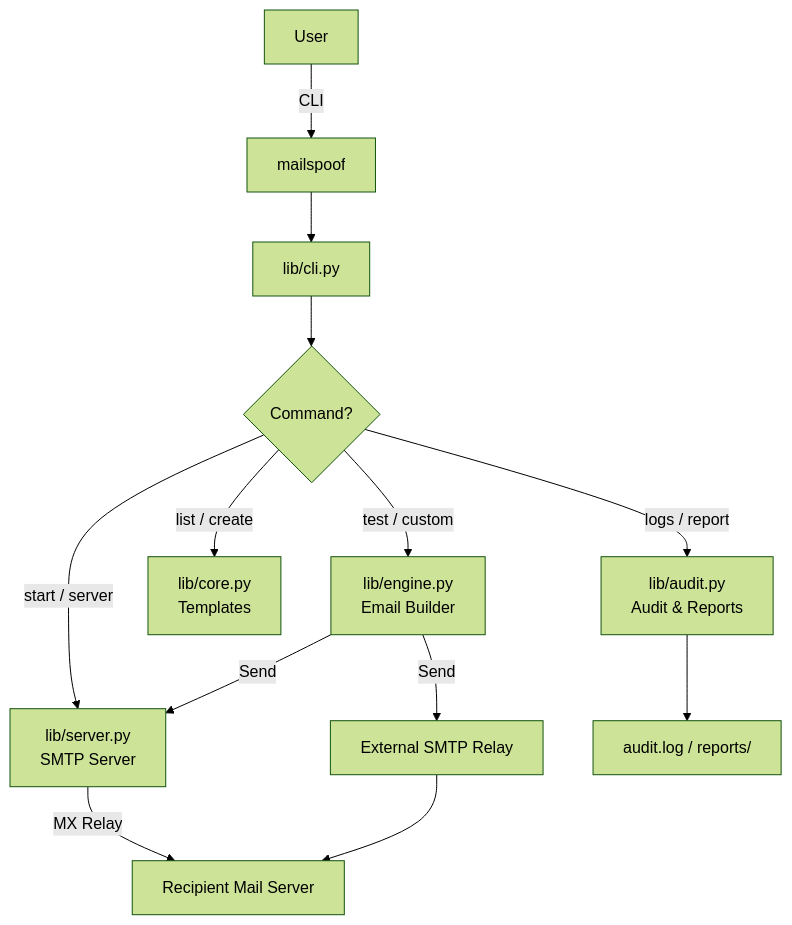
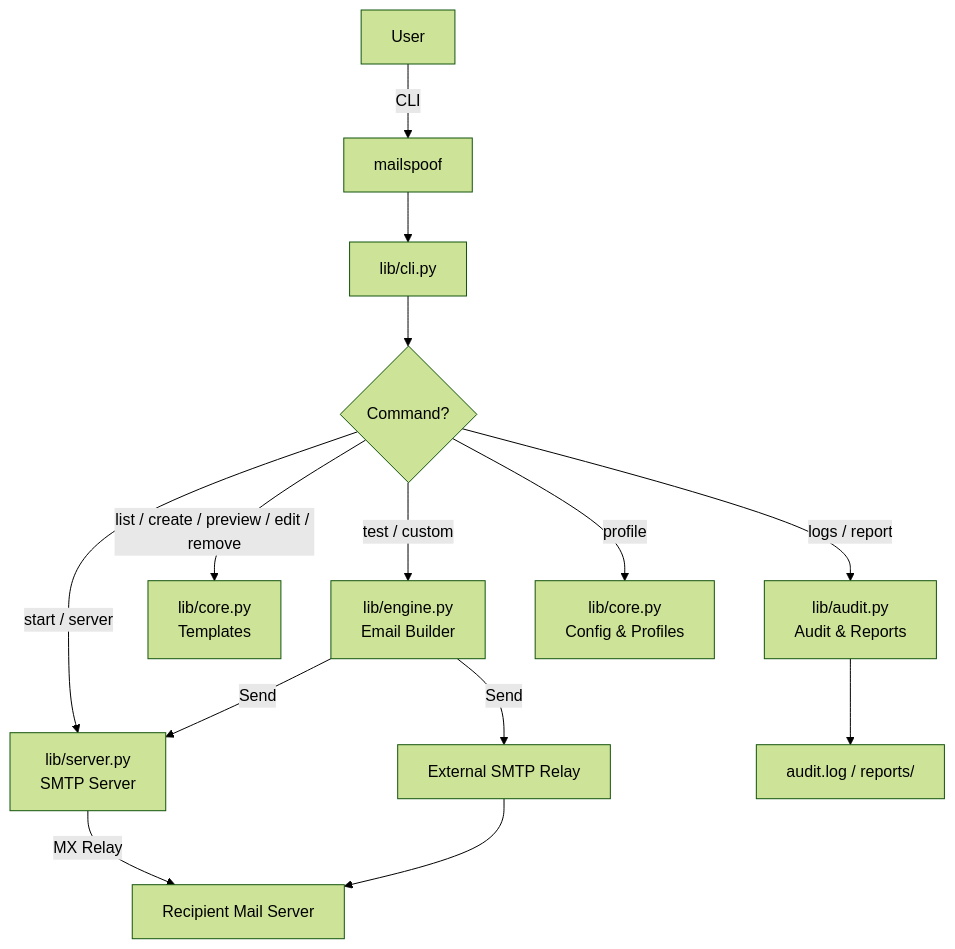
Before and after one commit to syed-sameer-ul-hassan/MailSpoof: the first of 7 diagrams in README.md, drawn with Mermaid (forest theme). The commit also changed other lines of this file and 74 other files, not shown here.

````diff
--- a/README.md
+++ b/README.md
@@ -67,15 +75,16 @@
 ```mermaid
 flowchart TD
     A[User] -->|CLI| B[mailspoof]
     B --> C[lib/cli.py]
     C --> D{Command?}
     D -->|start / server| E[lib/server.py<br/>SMTP Server]
     D -->|test / custom| F[lib/engine.py<br/>Email Builder]
-    D -->|list / create| G[lib/core.py<br/>Templates]
+    D -->|list / create / preview / edit / remove| G[lib/core.py<br/>Templates]
     D -->|logs / report| H[lib/audit.py<br/>Audit & Reports]
-    E -->|MX Relay| I[Recipient Mail Server]
+    D -->|profile| I[lib/core.py<br/>Config & Profiles]
+    E -->|MX Relay| M[Recipient Mail Server]
     F -->|Send| J[External SMTP Relay]
     F -->|Send| E
-    J --> I
+    J --> M
     H --> K[audit.log / reports/]
 ```
````
